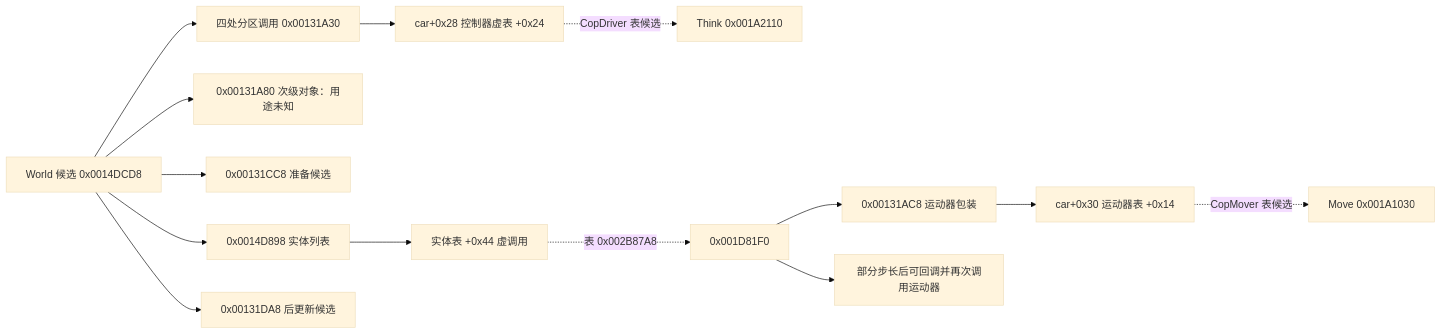
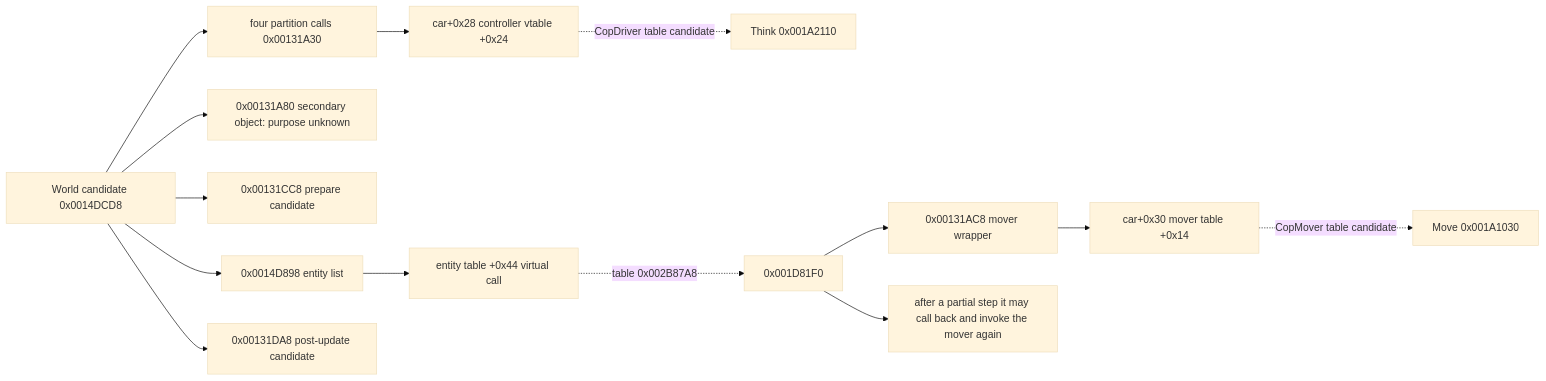
The third of 3 diagrams in docs/MAIN_LOOP_STRUCTURE.md (gta191977649/hp2_godot), drawn with Mermaid (base theme) before and after one commit. The commit also changed other lines of this file and 21 other files, not shown here.

````diff
--- a/docs/MAIN_LOOP_STRUCTURE.md
+++ b/docs/MAIN_LOOP_STRUCTURE.md
@@ -67,16 +84,16 @@
 ```mermaid
 flowchart LR
-    W[World 候选 0x0014DCD8] --> C[四处分区调用 0x00131A30]
-    C --> CV[car+0x28 控制器虚表 +0x24]
-    CV -. CopDriver 表候选 .-> CT[Think 0x001A2110]
-    W --> X[0x00131A80 次级对象：用途未知]
-    W --> PR[0x00131CC8 准备候选]
-    W --> E[0x0014D898 实体列表]
-    E --> EV[实体表 +0x44 虚调用]
-    EV -. 表 0x002B87A8 .-> ES[0x001D81F0]
-    ES --> MV[0x00131AC8 运动器包装]
-    MV --> MT[car+0x30 运动器表 +0x14]
-    MT -. CopMover 表候选 .-> MM[Move 0x001A1030]
-    ES --> RET[部分步长后可回调并再次调用运动器]
-    W --> POST[0x00131DA8 后更新候选]
+    W[World candidate 0x0014DCD8] --> C[four partition calls 0x00131A30]
+    C --> CV[car+0x28 controller vtable +0x24]
+    CV -. CopDriver table candidate .-> CT[Think 0x001A2110]
+    W --> X[0x00131A80 secondary object: purpose unknown]
+    W --> PR[0x00131CC8 prepare candidate]
+    W --> E[0x0014D898 entity list]
+    E --> EV[entity table +0x44 virtual call]
+    EV -. table 0x002B87A8 .-> ES[0x001D81F0]
+    ES --> MV[0x00131AC8 mover wrapper]
+    MV --> MT[car+0x30 mover table +0x14]
+    MT -. CopMover table candidate .-> MM[Move 0x001A1030]
+    ES --> RET[after a partial step it may call back and invoke the mover again]
+    W --> POST[0x00131DA8 post-update candidate]
 ```
````
